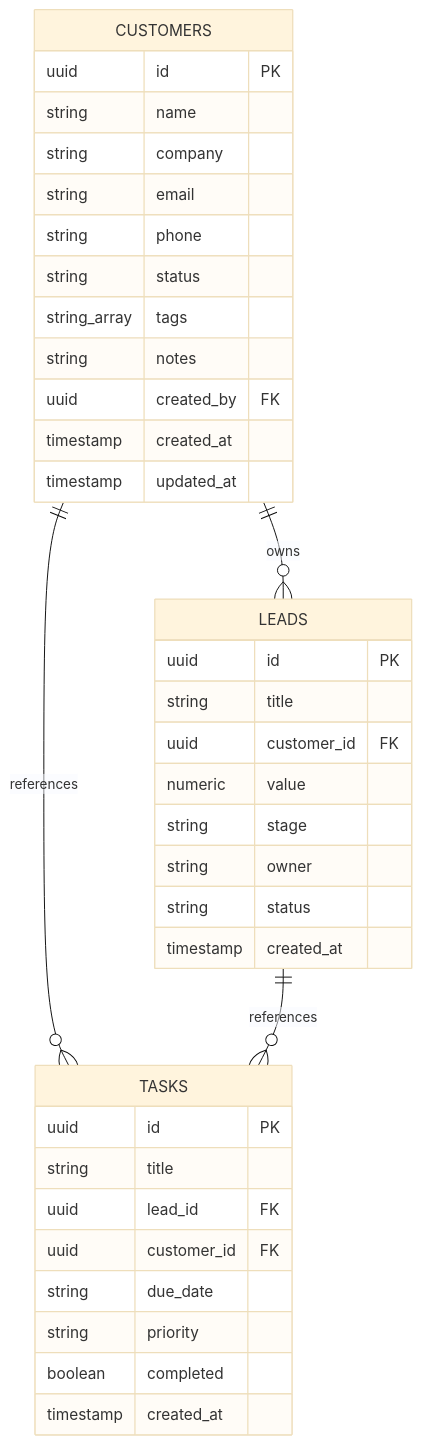
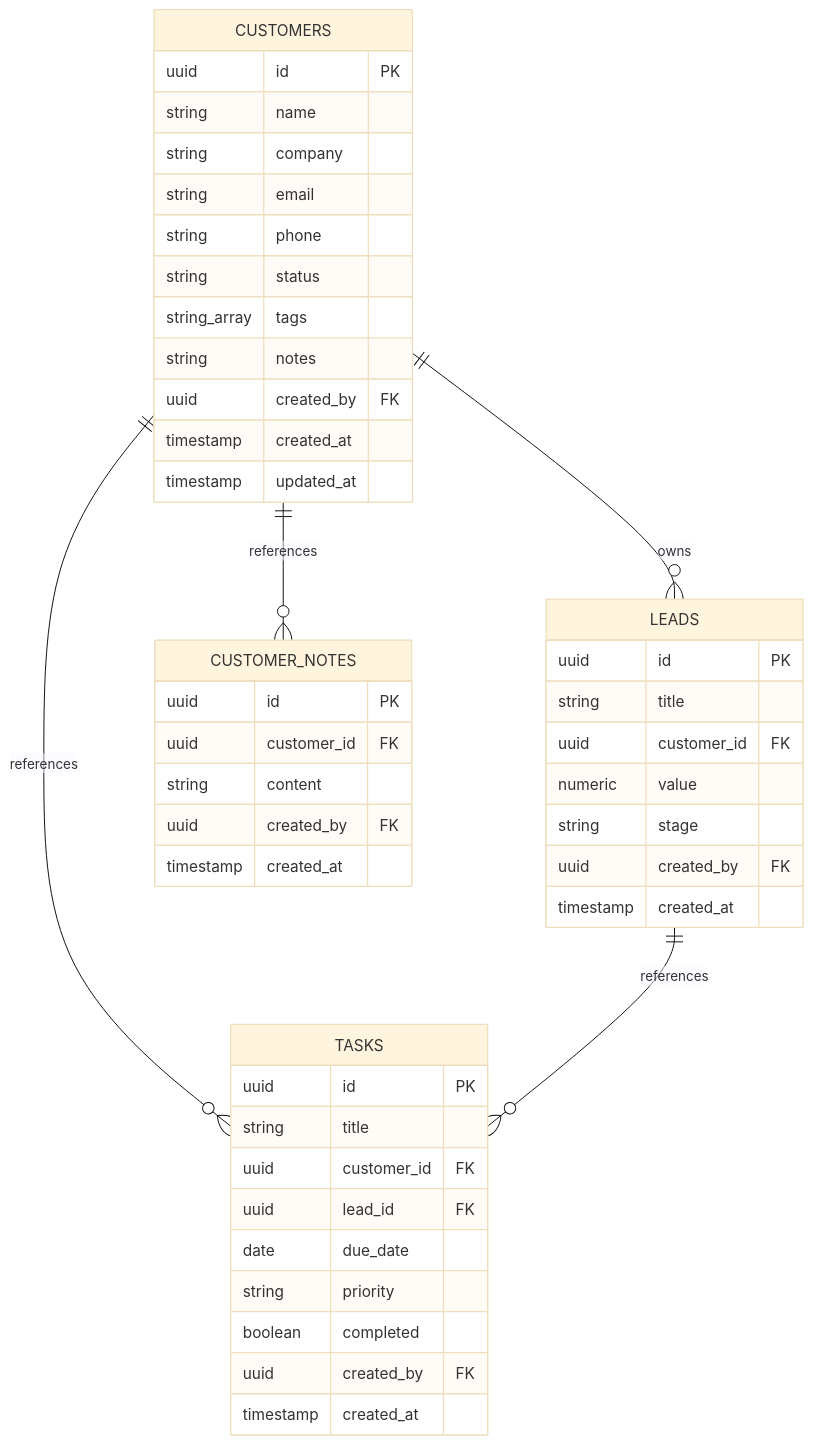
One commit to nandakumar-nandu/NexusCRM changed the third of 5 diagrams in README.md. Above: the diagram before and after it, drawn with Mermaid (base theme). The commit also changed 11 other files, not shown here.

First line of the commit message:
feat: Tasks checklist module and chronological customer activity timeline

````diff
--- a/README.md
+++ b/README.md
@@ -59,40 +59,48 @@
 ```mermaid
 erDiagram
     CUSTOMERS ||--o{ LEADS : owns
     CUSTOMERS ||--o{ TASKS : references
     LEADS ||--o{ TASKS : references
+    CUSTOMERS ||--o{ CUSTOMER_NOTES : references
     
     CUSTOMERS {
         uuid id PK
         string name
         string company
         string email
         string phone
         string status
         string_array tags
         string notes
         uuid created_by FK
         timestamp created_at
         timestamp updated_at
     }
     LEADS {
         uuid id PK
         string title
         uuid customer_id FK
         numeric value
         string stage
-        string owner
-        string status
+        uuid created_by FK
         timestamp created_at
     }
     TASKS {
         uuid id PK
         string title
+        uuid customer_id FK
         uuid lead_id FK
-        uuid customer_id FK
-        string due_date
+        date due_date
         string priority
         boolean completed
+        uuid created_by FK
+        timestamp created_at
+    }
+    CUSTOMER_NOTES {
+        uuid id PK
+        uuid customer_id FK
+        string content
+        uuid created_by FK
         timestamp created_at
     }
 ```
````
